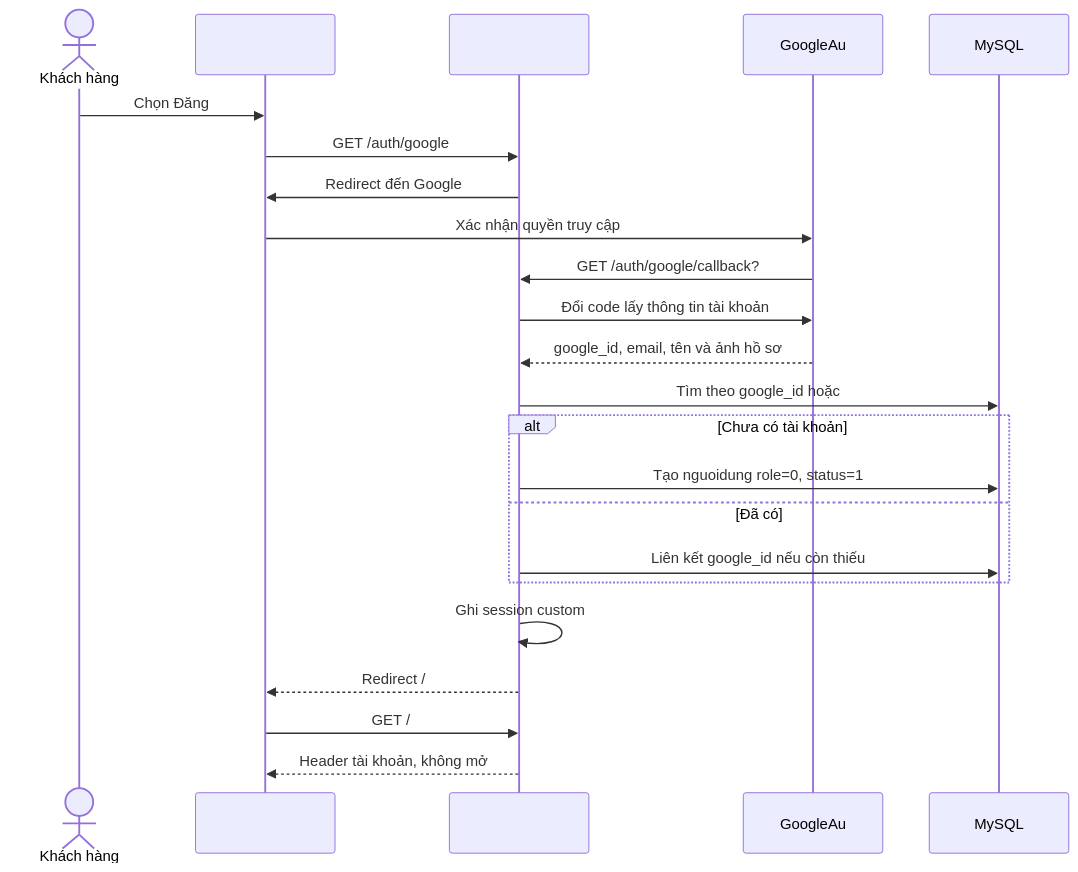
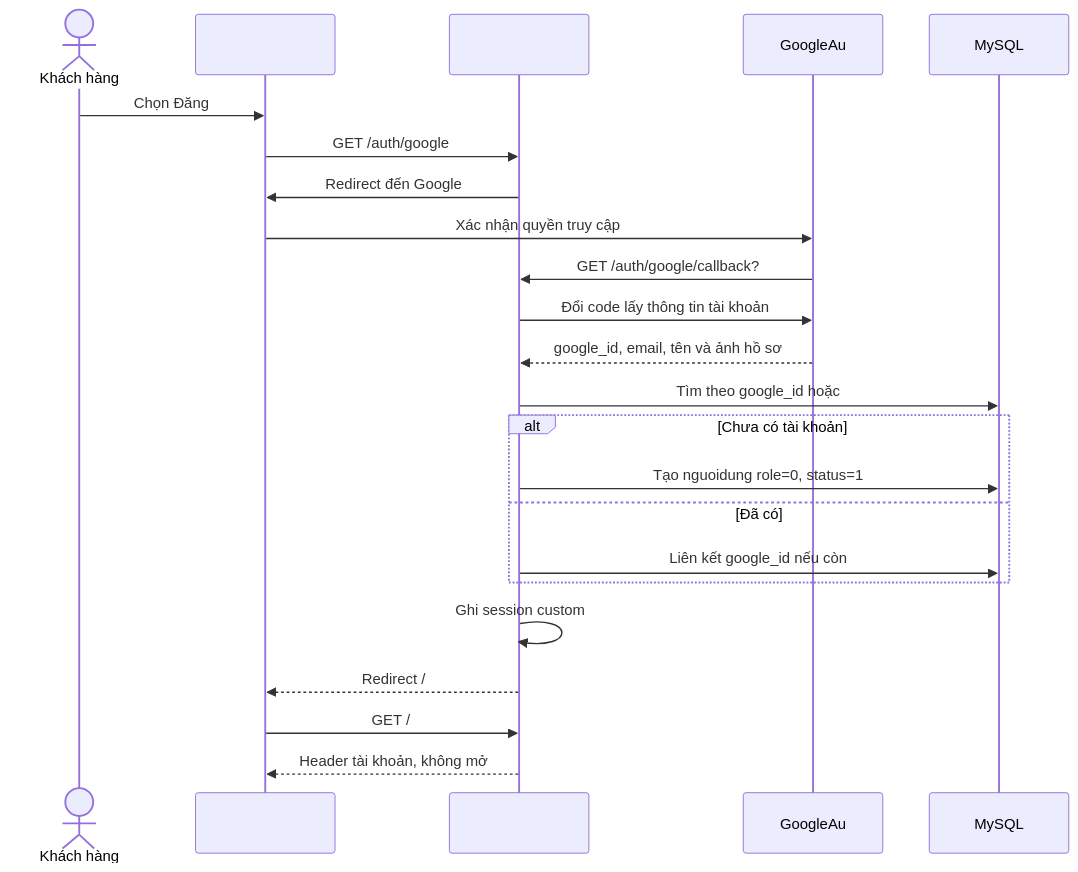
The third of 4 diagrams in README.md (ThuanDepzai03/DuAnTotNghiep), drawn with Mermaid before and after one commit.

Commit message:
sửa sản phẩm

````diff
--- a/README.md
+++ b/README.md
@@ -715,26 +715,26 @@
 ```mermaid
 sequenceDiagram
         actor Customer as Khách hàng
         participant Browser as 
         participant Laravel as
         participant Google as GoogleAu
         participant DB as MySQL
 
         Customer->>Browser: Chọn Đăng
         Browser->>Laravel: GET /auth/google
         Laravel->>Browser: Redirect đến Google
         Browser->>Google: Xác nhận quyền truy cập
         Google->>Laravel: GET /auth/google/callback?
         Laravel->>Google: Đổi code lấy thông tin tài khoản
         Google-->>Laravel: google_id, email, tên và ảnh hồ sơ
         Laravel->>DB: Tìm theo google_id hoặc
         alt Chưa có tài khoản
                 Laravel->>DB: Tạo nguoidung role=0, status=1
         else Đã có
-                Laravel->>DB: Liên kết google_id nếu còn thiếu
+                Laravel->>DB: Liên kết google_id nếu còn 
         end
         Laravel->>Laravel: Ghi session custom
         Laravel-->>Browser: Redirect /
         Browser->>Laravel: GET /
         Laravel-->>Browser: Header tài khoản, không mở
 ```
````
